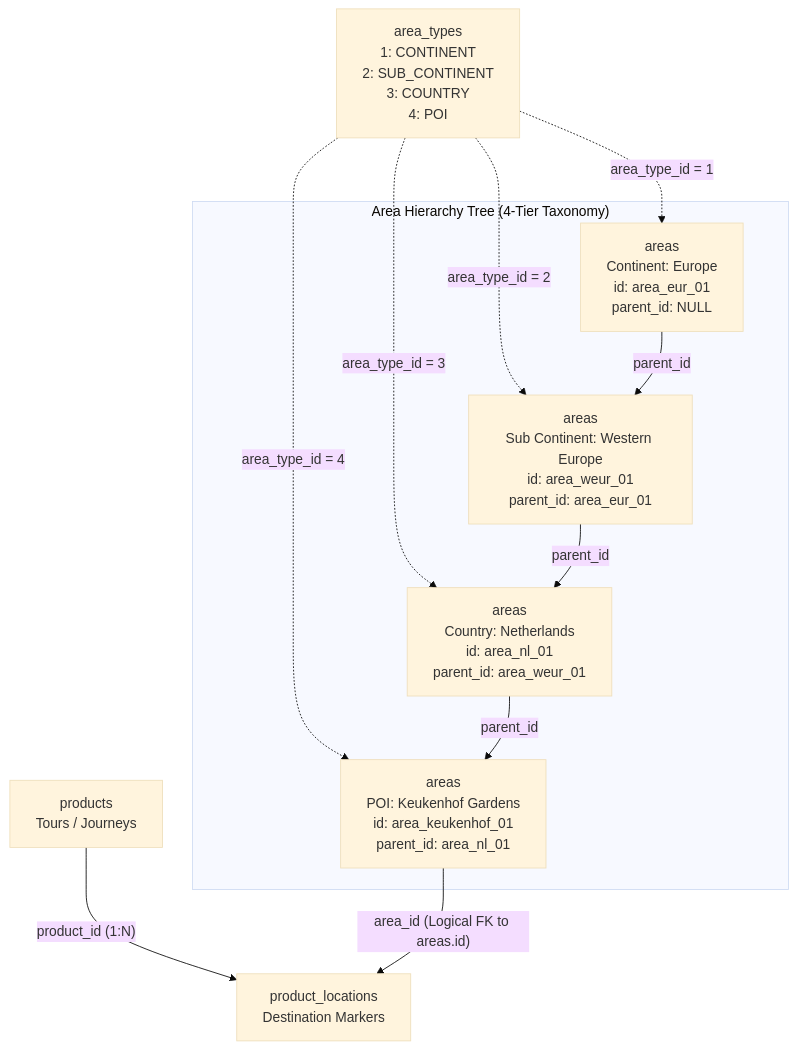
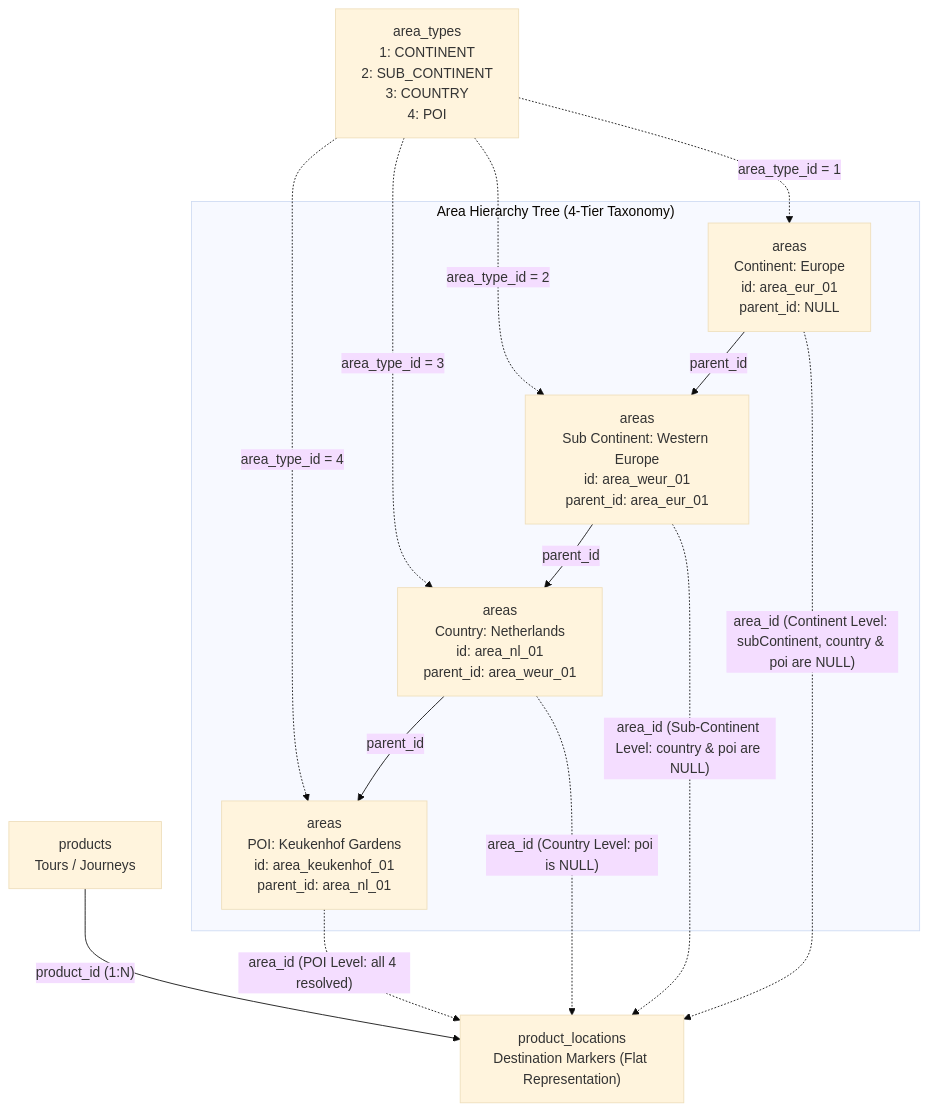
Before and after one commit to Haris-saifudin/hobiholidays-documentations: the third of 3 diagrams in technical/area-technical-design.md, drawn with Mermaid (base theme). The commit also changed other lines of this file and 15 other files, not shown here.

````diff
--- a/technical/area-technical-design.md
+++ b/technical/area-technical-design.md
@@ -273,32 +285,35 @@
 ```mermaid
 flowchart TB
 
     ATYPE["area_types<br/>1: CONTINENT<br/>2: SUB_CONTINENT<br/>3: COUNTRY<br/>4: POI"]
 
     subgraph AH["Area Hierarchy Tree (4-Tier Taxonomy)"]
         ROOT["areas<br/>Continent: Europe<br/>id: area_eur_01<br/>parent_id: NULL"]
 
         SUBCONT["areas<br/>Sub Continent: Western Europe<br/>id: area_weur_01<br/>parent_id: area_eur_01"]
 
         COUNTRY["areas<br/>Country: Netherlands<br/>id: area_nl_01<br/>parent_id: area_weur_01"]
 
         POI["areas<br/>POI: Keukenhof Gardens<br/>id: area_keukenhof_01<br/>parent_id: area_nl_01"]
     end
 
     ATYPE -. "area_type_id = 1" .-> ROOT
     ATYPE -. "area_type_id = 2" .-> SUBCONT
     ATYPE -. "area_type_id = 3" .-> COUNTRY
     ATYPE -. "area_type_id = 4" .-> POI
 
     ROOT -->|"parent_id"| SUBCONT
     SUBCONT -->|"parent_id"| COUNTRY
     COUNTRY -->|"parent_id"| POI
 
     PROD["products<br/>Tours / Journeys"]
 
-    PROD_LOC["product_locations<br/>Destination Markers"]
+    PROD_LOC["product_locations<br/>Destination Markers (Flat Representation)"]
 
     PROD -->|"product_id (1:N)"| PROD_LOC
 
-    POI -->|"area_id (Logical FK to areas.id)"| PROD_LOC
+    POI -. "area_id (POI Level: all 4 resolved)" .-> PROD_LOC
+    COUNTRY -. "area_id (Country Level: poi is NULL)" .-> PROD_LOC
+    SUBCONT -. "area_id (Sub-Continent Level: country & poi are NULL)" .-> PROD_LOC
+    ROOT -. "area_id (Continent Level: subContinent, country & poi are NULL)" .-> PROD_LOC
 ```
````
